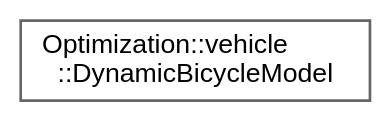
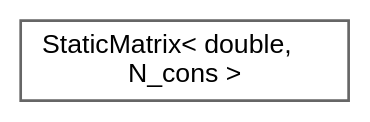
Before and after one commit to jswoo0615/Algorithms_for_Optimization_cpp: the diagram in inherit_graph_100.dot, drawn with Graphviz. The commit also changed 122 other files, not shown here.

```diff
--- a/inherit_graph_100.dot
+++ b/inherit_graph_100.dot
@@ -1,9 +1,9 @@
 digraph "Graphical Class Hierarchy"
 {
  // LATEX_PDF_SIZE
   bgcolor="transparent";
   edge [fontname=Helvetica,fontsize=10,labelfontname=Helvetica,labelfontsize=10];
   node [fontname=Helvetica,fontsize=10,shape=box,height=0.2,width=0.4];
   rankdir="LR";
-  Node0 [id="Node000000",label="Optimization::vehicle\l::DynamicBicycleModel",height=0.2,width=0.4,color="grey40", fillcolor="white", style="filled",URL="$structOptimization_1_1vehicle_1_1DynamicBicycleModel.html",tooltip="Dynamic Bicycle Model (6-State, 2-Control)"];
+  Node0 [id="Node000000",label="StaticMatrix\< double,\l N_cons \>",height=0.2,width=0.4,color="grey40", fillcolor="white", style="filled",URL="$classStaticMatrix.html",tooltip=" "];
 }
```
